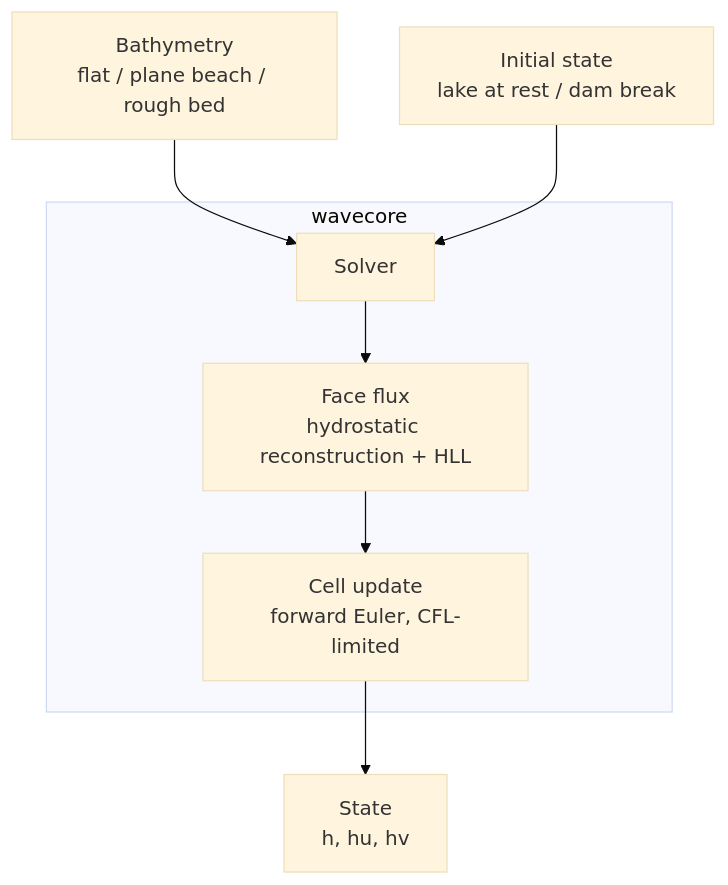
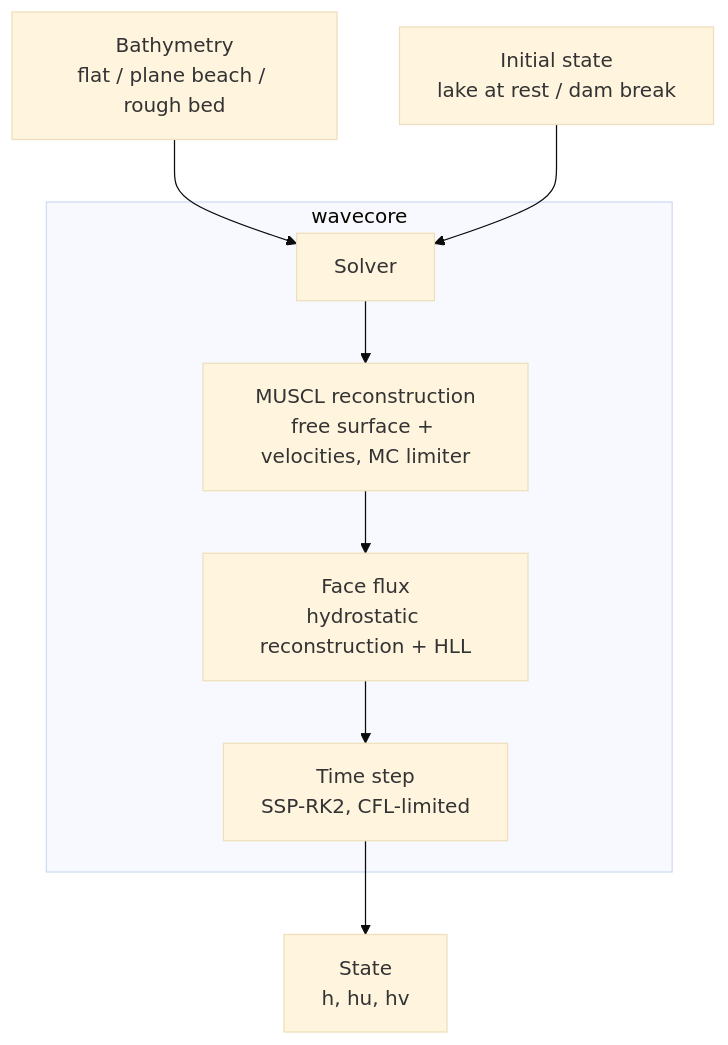
One commit to mlaegn/wavesim changed the diagram in README.md. Above: the diagram before and after it, drawn with Mermaid (base theme). The commit also changed other lines of this file and 7 other files, not shown here.

````diff
--- a/README.md
+++ b/README.md
@@ -47,10 +47,11 @@
 ```mermaid
 graph TD
     B[Bathymetry<br/>flat / plane beach / rough bed] --> S
     I[Initial state<br/>lake at rest / dam break] --> S
     subgraph wavecore
-        S[Solver] --> F[Face flux<br/>hydrostatic reconstruction + HLL]
-        F --> U[Cell update<br/>forward Euler, CFL-limited]
+        S[Solver] --> M[MUSCL reconstruction<br/>free surface + velocities, MC limiter]
+        M --> F[Face flux<br/>hydrostatic reconstruction + HLL]
+        F --> U[Time step<br/>SSP-RK2, CFL-limited]
     end
     U --> R[State<br/>h, hu, hv]
 ```
````
